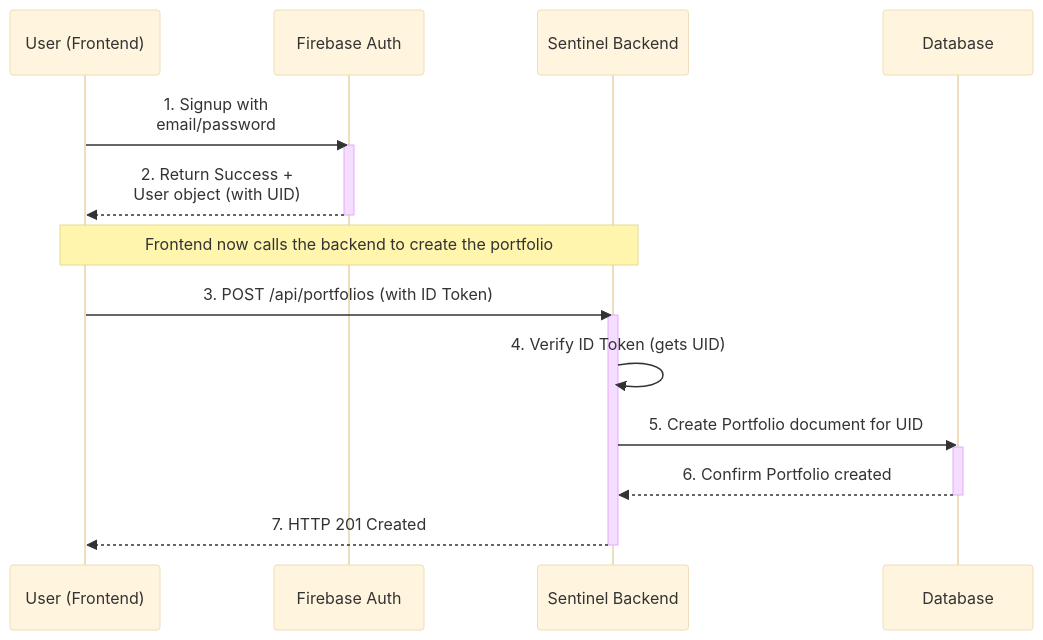
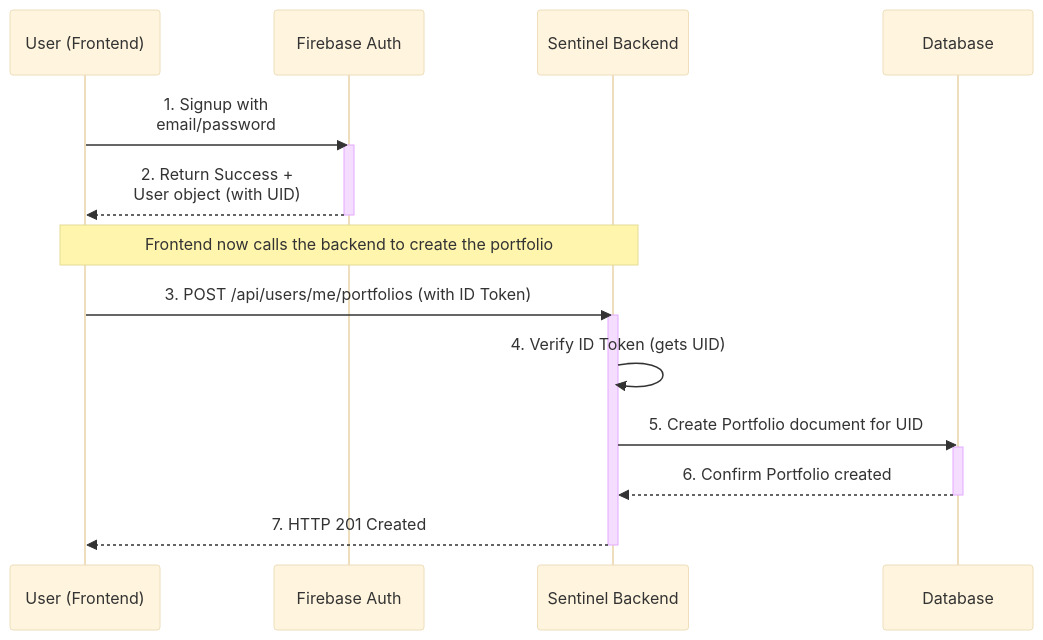
The first of 12 diagrams in product_spec.md (enzhao/Sentinel), drawn with Mermaid (base theme) before and after one commit. The commit also changed other lines of this file, not shown here.

````diff
--- a/product_spec.md
+++ b/product_spec.md
@@ -168,24 +168,24 @@
 ```mermaid
 sequenceDiagram
     participant User as User (Frontend)
     participant Firebase as Firebase Auth
     participant Sentinel as Sentinel Backend
     participant DB as Database
 
     User->>Firebase: 1. Signup with<br> email/password
     activate Firebase
     Firebase-->>User: 2. Return Success +<br> User object (with UID)
     deactivate Firebase
 
     Note over User, Sentinel: Frontend now calls the backend to create the portfolio
     
-    User->>Sentinel: 3. POST /api/portfolios (with ID Token)
+    User->>Sentinel: 3. POST /api/users/me/portfolios (with ID Token)
     activate Sentinel
     Sentinel->>Sentinel: 4. Verify ID Token (gets UID)
     Sentinel->>DB: 5. Create Portfolio document for UID
     activate DB
     DB-->>Sentinel: 6. Confirm Portfolio created
     deactivate DB
     Sentinel-->>User: 7. HTTP 201 Created
     deactivate Sentinel
 ```
````
